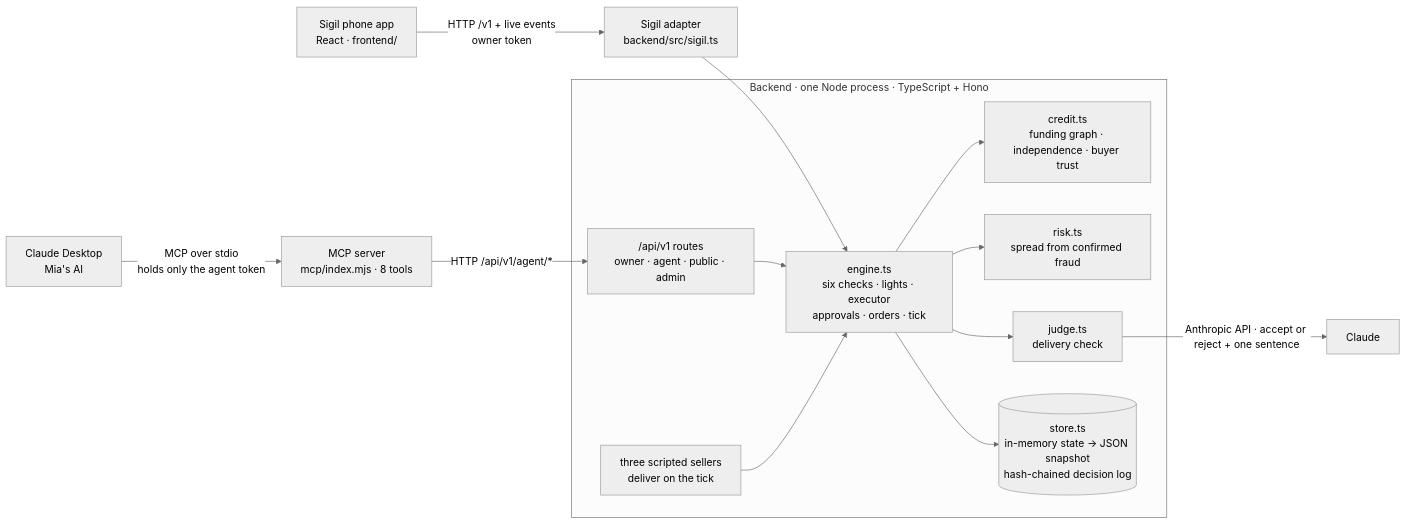
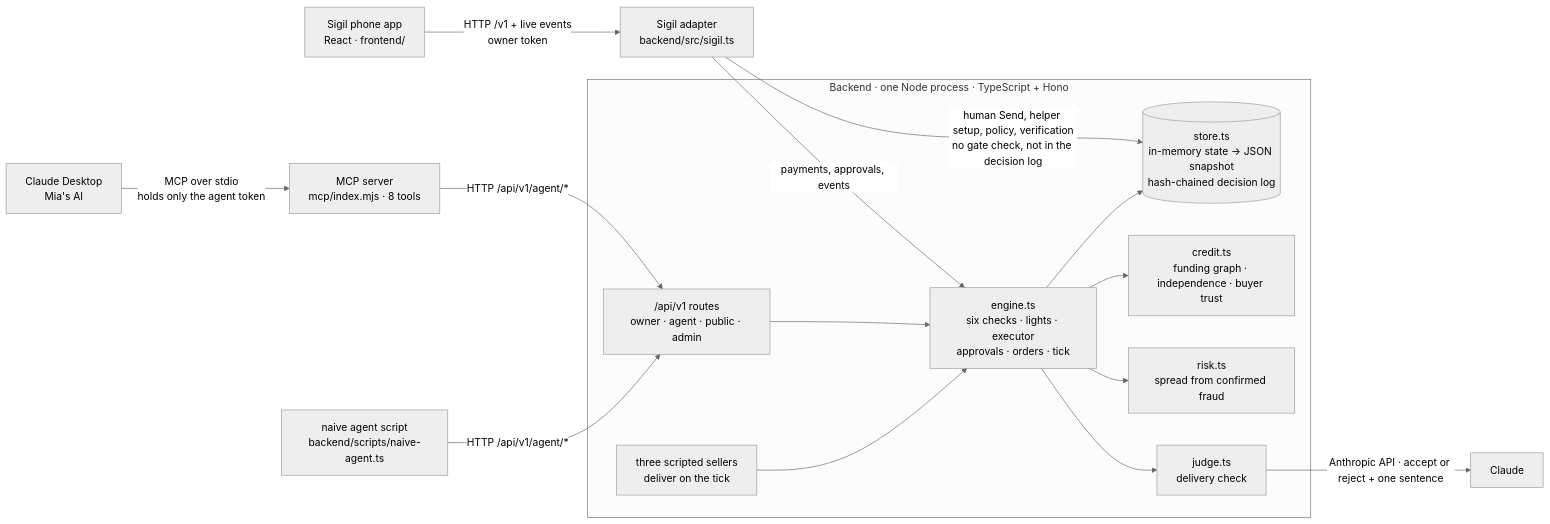
Before and after one commit to franktsai2008-eng/ai-pay-gate: the eighth of 8 diagrams in README.md, drawn with Mermaid (neutral theme). The commit also changed other lines of this file and 2 other files, not shown here.

Commit message:
README diagrams corrected against the code after independent review; weekly score cap rolls forward in the nightly recompute

````diff
--- a/README.md
+++ b/README.md
@@ -221,16 +226,18 @@
 ```mermaid
 flowchart LR
   CD["Claude Desktop<br/>Mia's AI"] -- "MCP over stdio<br/>holds only the agent token" --> MCP["MCP server<br/>mcp/index.mjs · 8 tools"]
   MCP -- "HTTP /api/v1/agent/*" --> API
+  NA["naive agent script<br/>backend/scripts/naive-agent.ts"] -- "HTTP /api/v1/agent/*" --> API
   PH["Sigil phone app<br/>React · frontend/"] -- "HTTP /v1 + live events<br/>owner token" --> AD["Sigil adapter<br/>backend/src/sigil.ts"]
-  AD --> ENG
+  AD -- "payments, approvals, events" --> ENG
+  AD -- "human Send, helper setup, policy, verification<br/>no gate check, not in the decision log" --> ST
   subgraph BE["Backend · one Node process · TypeScript + Hono"]
     API["/api/v1 routes<br/>owner · agent · public · admin"] --> ENG["engine.ts<br/>six checks · lights · executor<br/>approvals · orders · tick"]
     ENG --> CR["credit.ts<br/>funding graph · independence · buyer trust"]
     ENG --> RK["risk.ts<br/>spread from confirmed fraud"]
     ENG --> J["judge.ts<br/>delivery check"]
     ENG --> ST[("store.ts<br/>in-memory state → JSON snapshot<br/>hash-chained decision log")]
     SEL["three scripted sellers<br/>deliver on the tick"] --> ENG
   end
   J -- "Anthropic API · accept or reject + one sentence" --> AN["Claude"]
 ```
````
